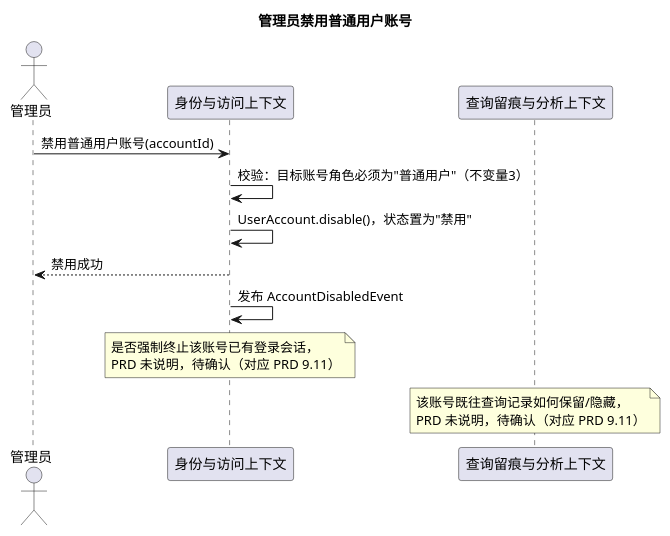
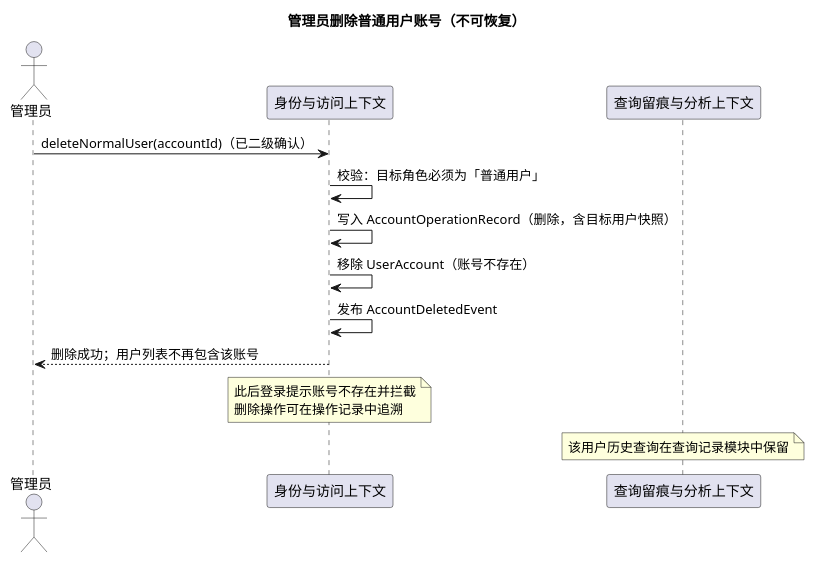
One commit to Wendy123wx/OMS-AI-RAG-Agent changed the eighth of 10 diagrams in docs/prd/02-领域模型.md. Above: the diagram before and after it, drawn with PlantUML. The commit also changed other lines of this file, not shown here.

````diff
--- a/docs/prd/02-领域模型.md
+++ b/docs/prd/02-领域模型.md
@@ -540,26 +845,26 @@
 ```plantuml
-@startuml SequenceDisableAccount
-title 管理员禁用普通用户账号
+@startuml SequenceDeleteAccount
+title 管理员删除普通用户账号（不可恢复）
 
 actor 管理员 as A
 participant "身份与访问上下文" as IAM
 participant "查询留痕与分析上下文" as QTA
 
-A -> IAM : 禁用普通用户账号(accountId)
-IAM -> IAM : 校验：目标账号角色必须为"普通用户"（不变量3）
-IAM -> IAM : UserAccount.disable()，状态置为"禁用"
-IAM --> A : 禁用成功
-IAM -> IAM : 发布 AccountDisabledEvent
+A -> IAM : deleteNormalUser(accountId)（已二级确认）
+IAM -> IAM : 校验：目标角色必须为「普通用户」
+IAM -> IAM : 写入 AccountOperationRecord（删除，含目标用户快照）
+IAM -> IAM : 移除 UserAccount（账号不存在）
+IAM -> IAM : 发布 AccountDeletedEvent
+IAM --> A : 删除成功；用户列表不再包含该账号
 
 note over IAM
-  是否强制终止该账号已有登录会话，
-  PRD 未说明，待确认（对应 PRD 9.11）
+  此后登录提示账号不存在并拦截
+  删除操作可在操作记录中追溯
 end note
 
 note over QTA
-  该账号既往查询记录如何保留/隐藏，
-  PRD 未说明，待确认（对应 PRD 9.11）
+  该用户历史查询在查询记录模块中保留
 end note
 
 @enduml
 ```
````
